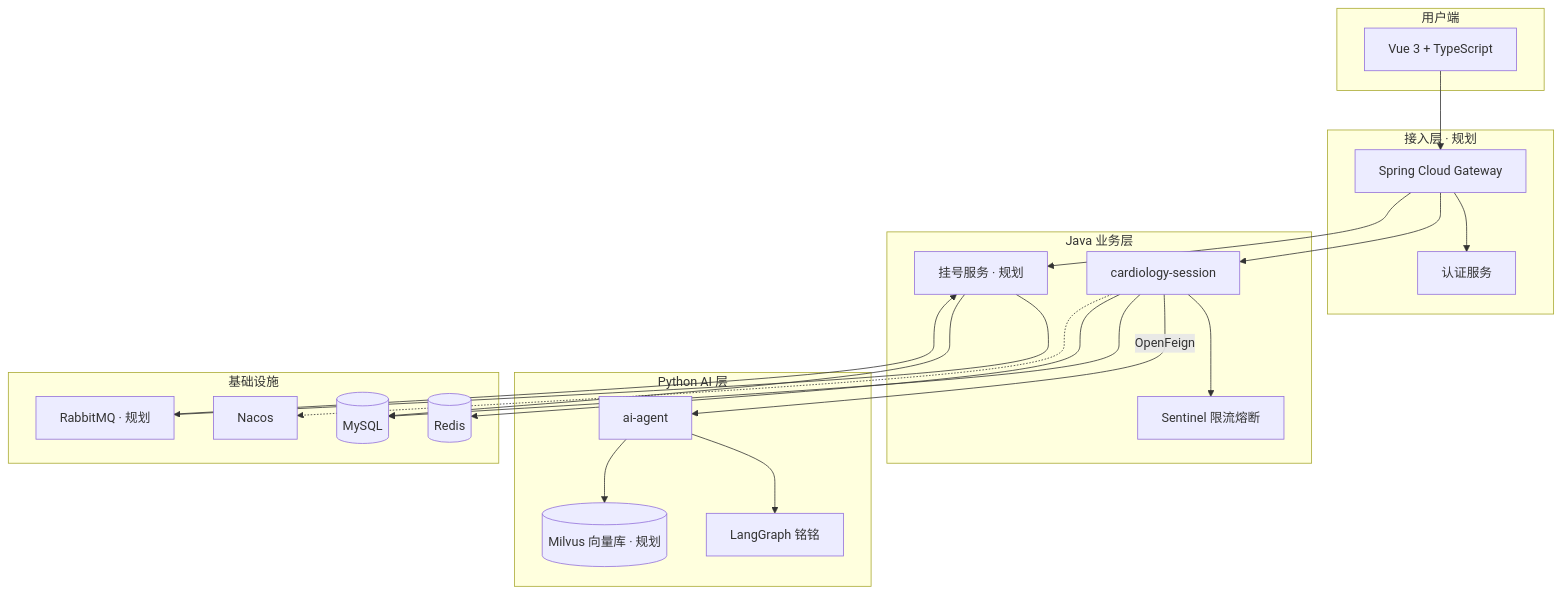
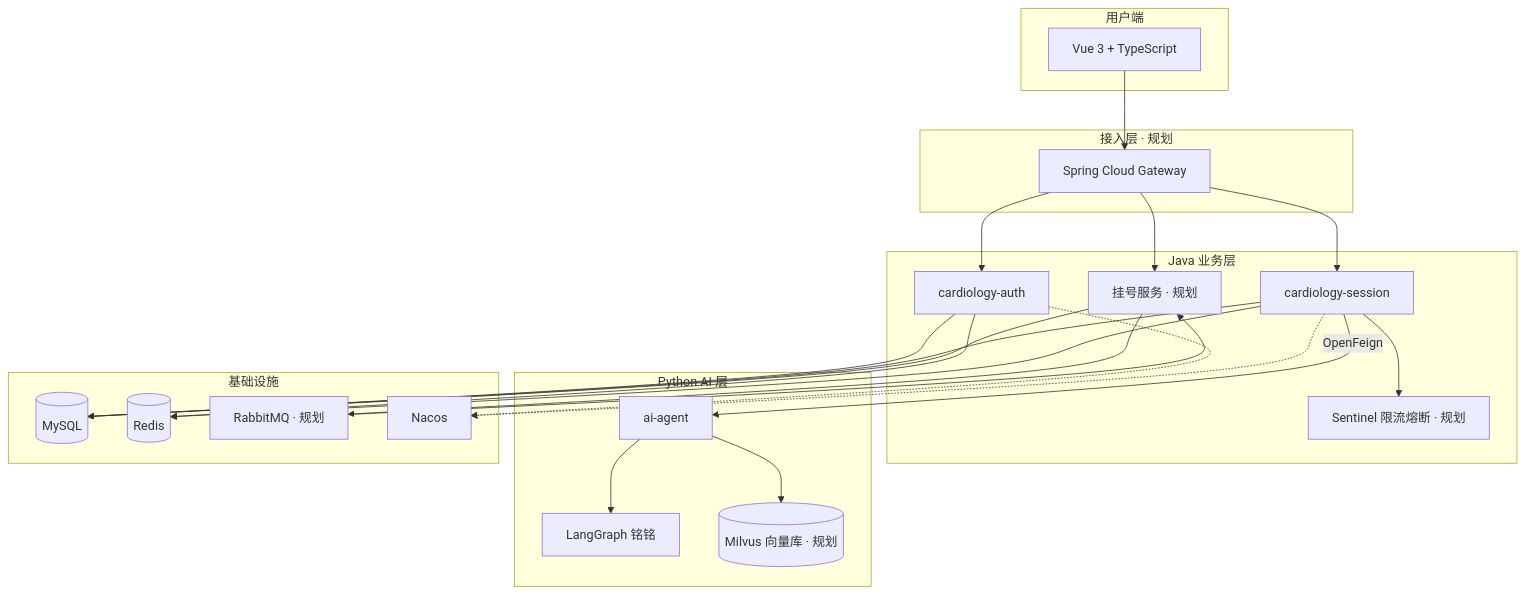
The first of 2 diagrams in README.md (SherwinZeng/cardiologyintelligentagent), drawn with Mermaid before and after one commit. The commit also changed other lines of this file, not shown here.

````diff
--- a/README.md
+++ b/README.md
@@ -37,45 +37,48 @@
 ```mermaid
 flowchart TB
     subgraph Client["用户端"]
         Web[Vue 3 + TypeScript]
     end
 
     subgraph Gateway["接入层 · 规划"]
         GW[Spring Cloud Gateway]
-        Auth[认证服务]
     end
 
     subgraph Java["Java 业务层"]
+        Auth[cardiology-auth]
         Session[cardiology-session]
         Appt[挂号服务 · 规划]
-        Sentinel[Sentinel 限流熔断]
+        Sentinel[Sentinel 限流熔断 · 规划]
     end
 
     subgraph AI["Python AI 层"]
         Agent[ai-agent]
         Graph[LangGraph 铭铭]
         Milvus[(Milvus 向量库 · 规划)]
     end
 
     subgraph Infra["基础设施"]
         MySQL[(MySQL)]
         Redis[(Redis)]
         MQ[RabbitMQ · 规划]
         Nacos[Nacos]
     end
 
     Web --> GW
     GW --> Auth
     GW --> Session
     GW --> Appt
     Session --> Sentinel
     Session -->|OpenFeign| Agent
     Agent --> Graph
     Agent --> Milvus
+    Auth --> MySQL
+    Auth --> Redis
     Session --> MySQL
     Session --> Redis
     Appt --> MQ
     Appt --> MySQL
     MQ --> Appt
+    Auth -.-> Nacos
     Session -.-> Nacos
 ```
````
